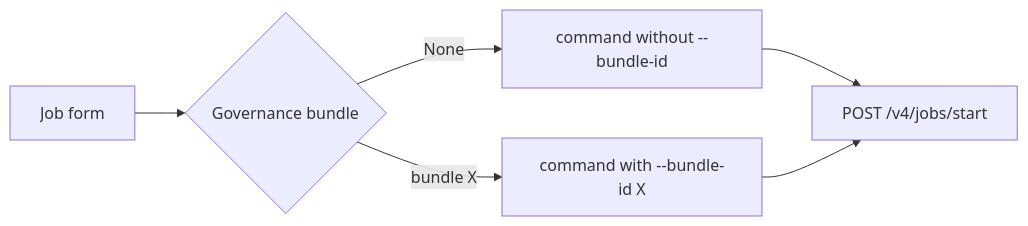
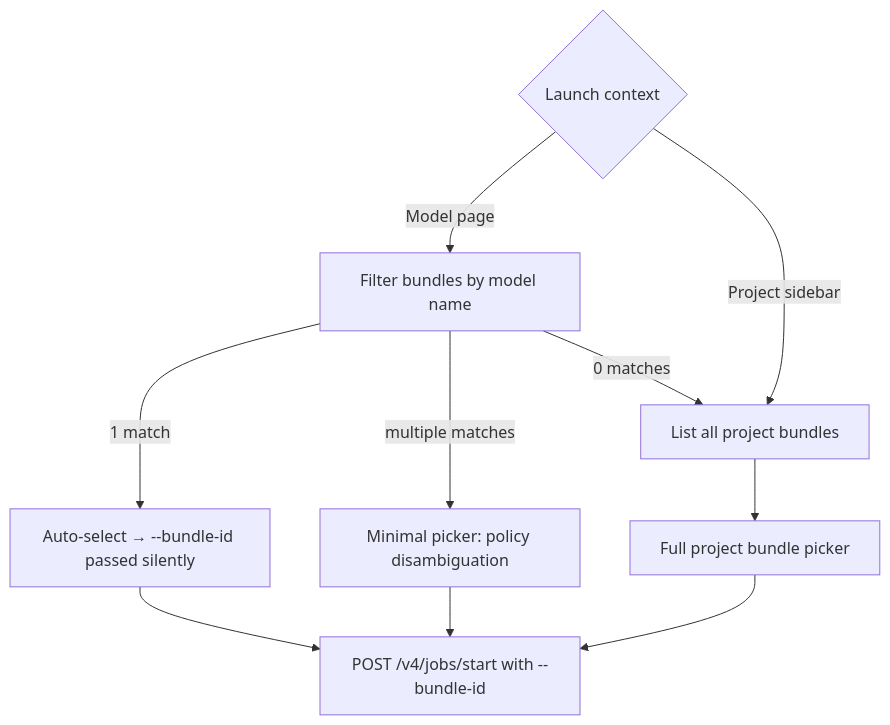
The fourth of 4 diagrams in docs/governance-context/governance-context-handover.md (dominodatalab/AutoDocumentation_Extension), drawn with Mermaid before and after one commit. The commit also changed other lines of this file, not shown here.

First line of the commit message:
docs: rewrite §9 bundle selection for two launch contexts

````diff
--- a/docs/governance-context/governance-context-handover.md
+++ b/docs/governance-context/governance-context-handover.md
@@ -607,8 +601,13 @@
 ```mermaid
-flowchart LR
-  F[Job form] --> Sel{Governance bundle}
-  Sel -->|None| Cmd1[command without --bundle-id]
-  Sel -->|bundle X| Cmd2[command with --bundle-id X]
-  Cmd1 --> Submit[POST /v4/jobs/start]
-  Cmd2 --> Submit
+flowchart TD
+  Launch{Launch context}
+  Launch -->|Model page| Filter[Filter bundles by model name]
+  Launch -->|Project sidebar| List[List all project bundles]
+  Filter -->|1 match| Auto[Auto-select → --bundle-id passed silently]
+  Filter -->|multiple matches| PickerSmall[Minimal picker: policy disambiguation]
+  Filter -->|0 matches| List
+  List --> PickerFull[Full project bundle picker]
+  PickerSmall --> Submit[POST /v4/jobs/start with --bundle-id]
+  PickerFull --> Submit
+  Auto --> Submit
 ```
````
